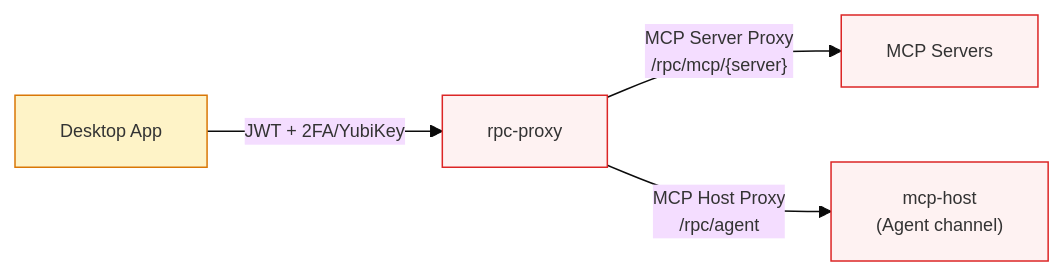
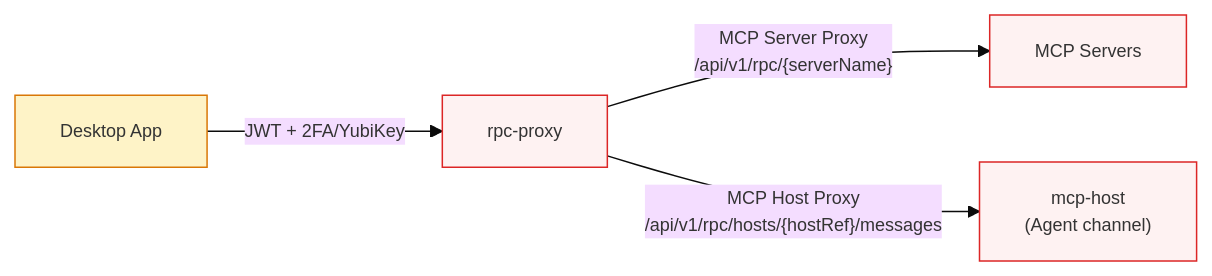
Diagram 11 of 11 in docs/architecture/platform-topology.md (evenfire-ai/evenfire), drawn with Mermaid before and after one commit. The commit also changed other lines of this file and 20 other files, not shown here.

````diff
--- a/docs/architecture/platform-topology.md
+++ b/docs/architecture/platform-topology.md
@@ -882,12 +920,12 @@
 ```mermaid
 %%{init: {'theme':'base', 'themeVariables': {'fontSize':'12px'}}}%%
 flowchart LR
     DESK["Desktop App"] -->|"JWT + 2FA/YubiKey"| RPC["rpc-proxy"]
-    RPC -->|"MCP Server Proxy<br/>/rpc/mcp/{server}"| MCP["MCP Servers"]
-    RPC -->|"MCP Host Proxy<br/>/rpc/agent"| MH["mcp-host<br/>(Agent channel)"]
+    RPC -->|"MCP Server Proxy<br/>/api/v1/rpc/{serverName}"| MCP["MCP Servers"]
+    RPC -->|"MCP Host Proxy<br/>/api/v1/rpc/hosts/{hostRef}/messages"| MH["mcp-host<br/>(Agent channel)"]
 
     classDef deny fill:#FEF2F2,stroke:#DC2626
     classDef ext fill:#FEF3C7,stroke:#D97706
     class RPC,MCP,MH deny
     class DESK ext
 ```
````
